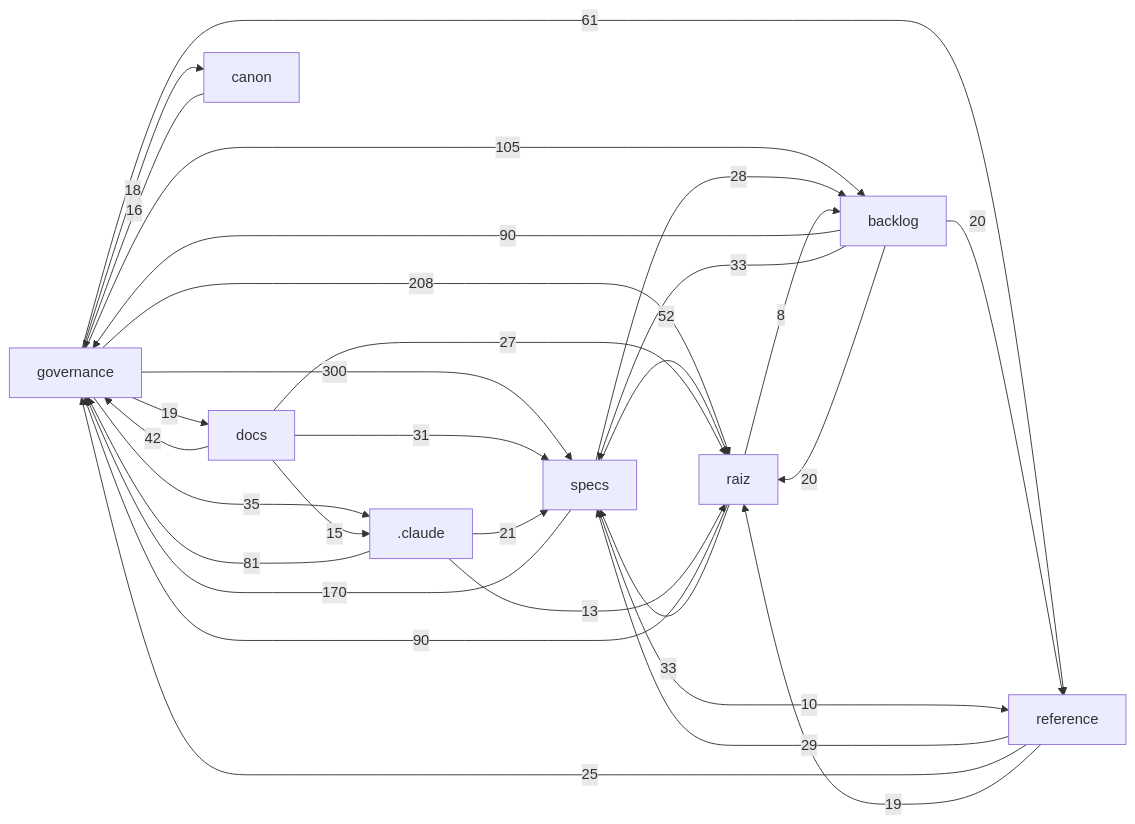
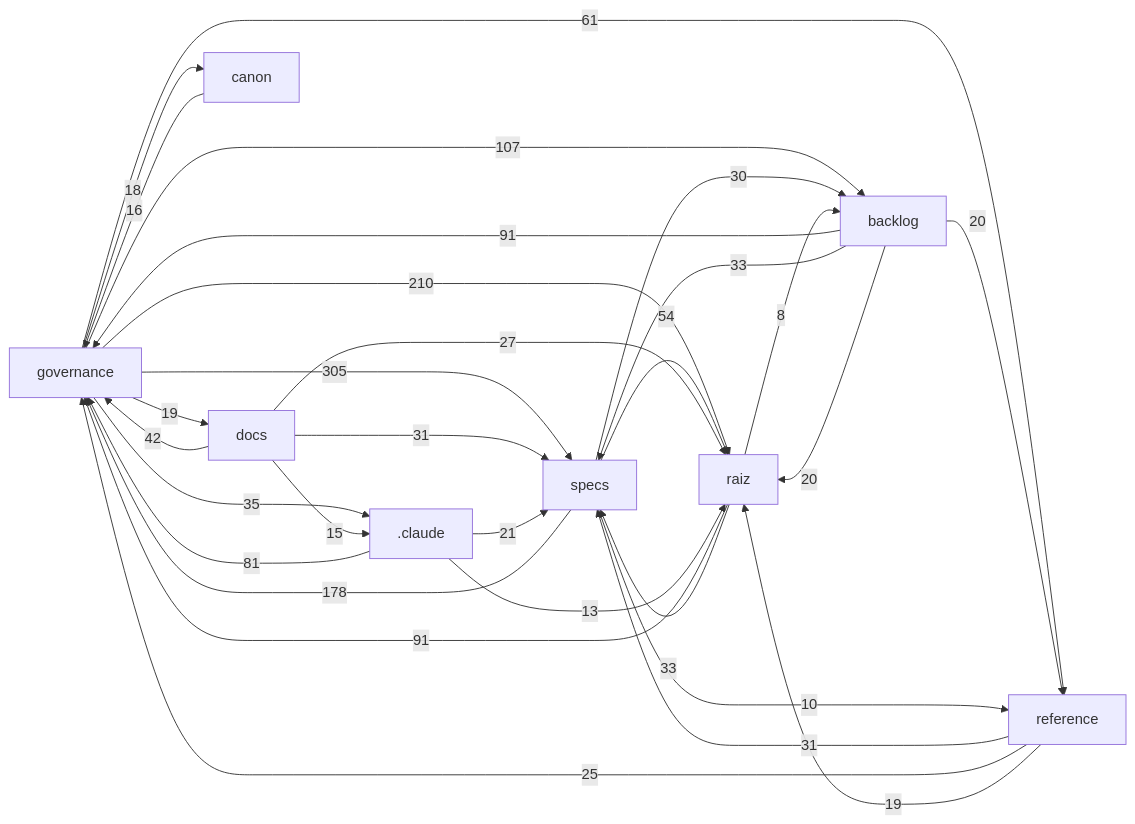
One commit to Andraus35/Sistema-Operacional-de-Trading--SOT changed the diagram in docs/mapa/MAPA-PROJETO.md. Above: the diagram before and after it, drawn with Mermaid. The commit also changed other lines of this file and 16 other files, not shown here.

````diff
--- a/docs/mapa/MAPA-PROJETO.md
+++ b/docs/mapa/MAPA-PROJETO.md
@@ -30,32 +30,32 @@
 ```mermaid
 flowchart LR
-  governance["governance"] -->|300| specs["specs"]
-  governance["governance"] -->|208| raiz["raiz"]
-  specs["specs"] -->|170| governance["governance"]
-  governance["governance"] -->|105| backlog["backlog"]
-  raiz["raiz"] -->|90| governance["governance"]
-  backlog["backlog"] -->|90| governance["governance"]
+  governance["governance"] -->|305| specs["specs"]
+  governance["governance"] -->|210| raiz["raiz"]
+  specs["specs"] -->|178| governance["governance"]
+  governance["governance"] -->|107| backlog["backlog"]
+  raiz["raiz"] -->|91| governance["governance"]
+  backlog["backlog"] -->|91| governance["governance"]
   _claude[".claude"] -->|81| governance["governance"]
   governance["governance"] -->|61| reference["reference"]
-  specs["specs"] -->|52| raiz["raiz"]
+  specs["specs"] -->|54| raiz["raiz"]
   docs["docs"] -->|42| governance["governance"]
   governance["governance"] -->|35| _claude[".claude"]
   raiz["raiz"] -->|33| specs["specs"]
   backlog["backlog"] -->|33| specs["specs"]
   docs["docs"] -->|31| specs["specs"]
-  reference["reference"] -->|29| specs["specs"]
-  specs["specs"] -->|28| backlog["backlog"]
+  reference["reference"] -->|31| specs["specs"]
+  specs["specs"] -->|30| backlog["backlog"]
   docs["docs"] -->|27| raiz["raiz"]
   reference["reference"] -->|25| governance["governance"]
   _claude[".claude"] -->|21| specs["specs"]
   backlog["backlog"] -->|20| raiz["raiz"]
   backlog["backlog"] -->|20| reference["reference"]
   governance["governance"] -->|19| docs["docs"]
   reference["reference"] -->|19| raiz["raiz"]
   governance["governance"] -->|18| canon["canon"]
   canon["canon"] -->|16| governance["governance"]
   docs["docs"] -->|15| _claude[".claude"]
   _claude[".claude"] -->|13| raiz["raiz"]
   specs["specs"] -->|10| reference["reference"]
   raiz["raiz"] -->|8| backlog["backlog"]
 ```
````
